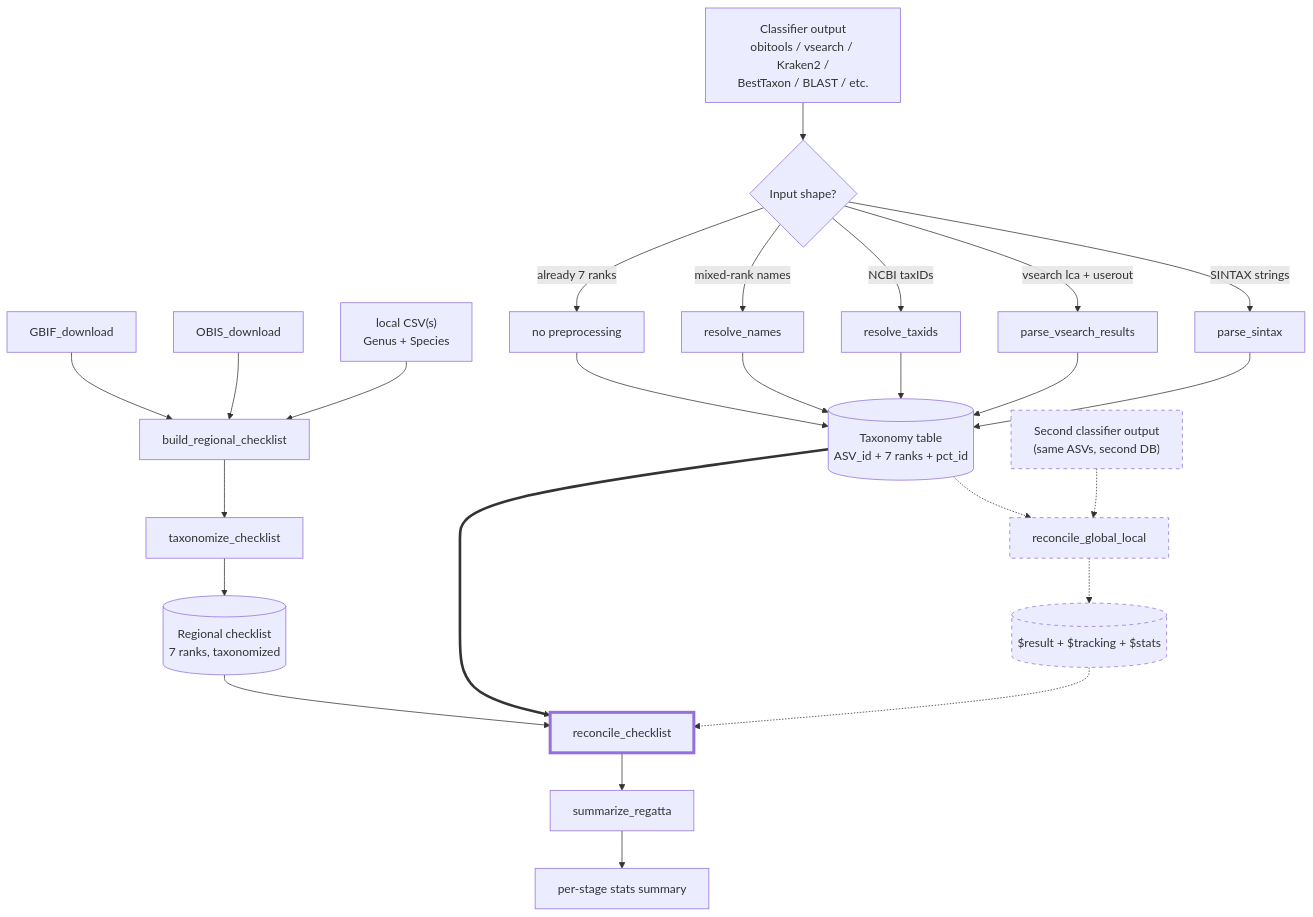
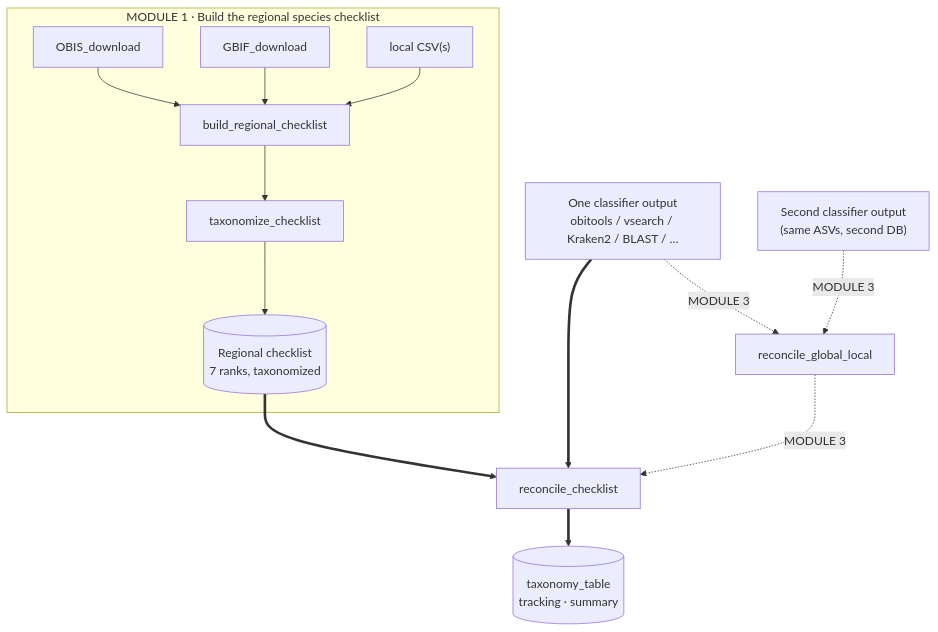
Before and after one commit to EWisely/REGATTA: the diagram in README.md, drawn with Mermaid. The commit also changed other lines of this file and 2 other files, not shown here.

First line of the commit message:
docs: restructure around the three REGATTA modules

````diff
--- a/README.md
+++ b/README.md
@@ -83,35 +72,17 @@
 ```mermaid
 flowchart TD
-    A[GBIF_download] --> D[build_regional_checklist]
-    B[OBIS_download] --> D
-    C["local CSV(s)<br/>Genus + Species"] --> D
-    D --> E[taxonomize_checklist]
-    E --> F[("Regional checklist<br/>7 ranks, taxonomized")]
+    subgraph M1["MODULE 1 · Build the regional species checklist"]
+        A[OBIS_download] --> D[build_regional_checklist]
+        B[GBIF_download] --> D
+        C["local CSV(s)"] --> D
+        D --> E[taxonomize_checklist] --> F[("Regional checklist<br/>7 ranks, taxonomized")]
+    end
 
-    G["Classifier output<br/>obitools / vsearch / Kraken2 /<br/>BestTaxon / BLAST / etc."] --> H{Input shape?}
-    H -->|SINTAX strings| I[parse_sintax]
-    H -->|"vsearch lca + userout"| I2[parse_vsearch_results]
-    H -->|NCBI taxIDs| J[resolve_taxids]
-    H -->|mixed-rank names| N1[resolve_names]
-    H -->|already 7 ranks| K[no preprocessing]
-    I --> L[("Taxonomy table<br/>ASV_id + 7 ranks + pct_id")]
-    I2 --> L
-    J --> L
-    N1 --> L
-    K --> L
+    G["One classifier output<br/>obitools / vsearch / Kraken2 / BLAST / …"] ==> M[reconcile_checklist]
+    F ==> M
+    M ==> RES[("taxonomy_table<br/>tracking · summary")]
 
-    L2["Second classifier output<br/>(same ASVs, second DB)"] -.-> Q[reconcile_global_local]
-    L -.-> Q
-    Q -.-> R1[("$result + $tracking + $stats")]
-    R1 -.-> M
-
-    F --> M[reconcile_checklist]
-    L ==> M
-    M --> S[summarize_regatta]
-    S --> T["per-stage stats summary"]
-
-    style L2 stroke-dasharray: 5 5
-    style Q  stroke-dasharray: 5 5
-    style R1 stroke-dasharray: 5 5
-    style M  stroke-width:4px
+    GL["Second classifier output<br/>(same ASVs, second DB)"] -. "MODULE 3" .-> Q[reconcile_global_local]
+    G -. "MODULE 3" .-> Q
+    Q -. "MODULE 3" .-> M
 ```
````
